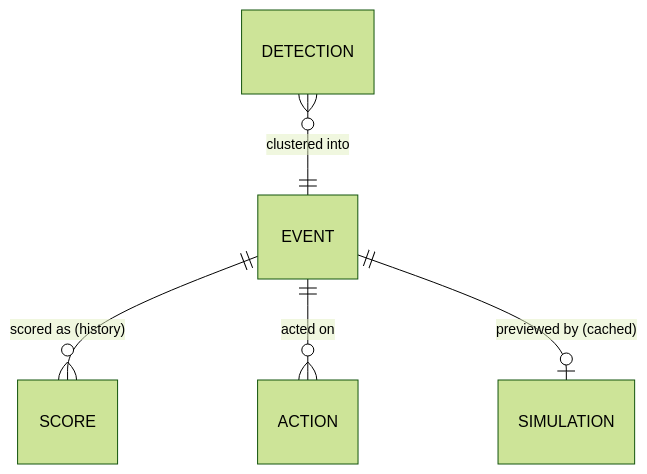
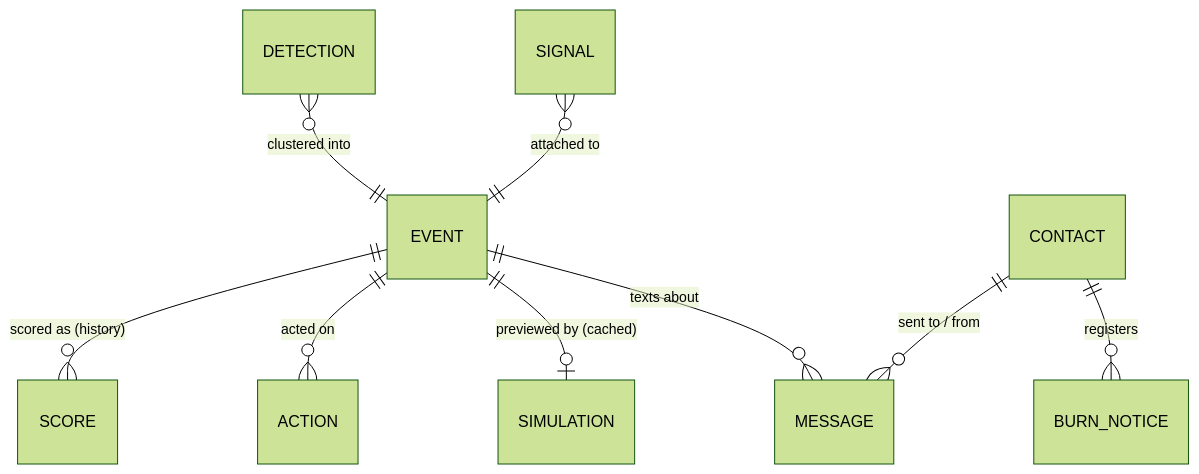
One commit to isaksmith/Firewatch changed the first of 2 diagrams in docs/DESIGN.md. Above: the diagram before and after it, drawn with Mermaid (forest theme). The commit also changed other lines of this file and 3 other files, not shown here.

````diff
--- a/docs/DESIGN.md
+++ b/docs/DESIGN.md
@@ -29,7 +33,11 @@
 ```mermaid
 erDiagram
   DETECTION }o--|| EVENT : "clustered into"
+  SIGNAL }o--|| EVENT : "attached to"
   EVENT ||--o{ SCORE : "scored as (history)"
   EVENT ||--o{ ACTION : "acted on"
   EVENT ||--o| SIMULATION : "previewed by (cached)"
+  EVENT ||--o{ MESSAGE : "texts about"
+  CONTACT ||--o{ MESSAGE : "sent to / from"
+  CONTACT ||--o{ BURN_NOTICE : "registers"
 ```
````
